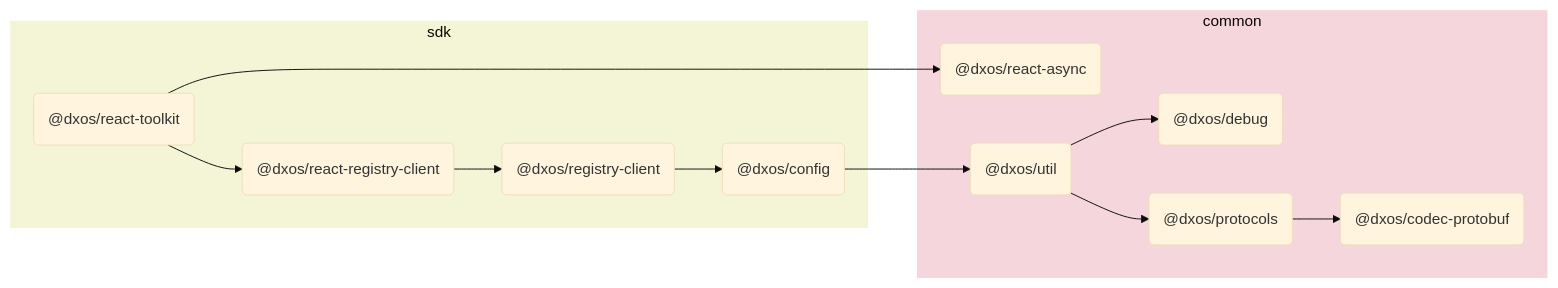
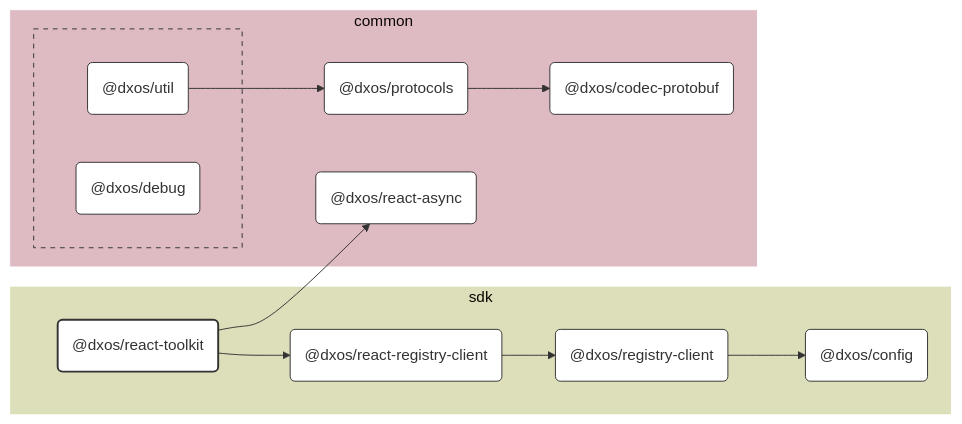
One commit to dxos/dxos changed the diagram in packages/sdk/react-toolkit/docs/README.md. Above: the diagram before and after it, drawn with Mermaid (base theme). The commit also changed other lines of this file and 109 other files, not shown here.

````diff
--- a/packages/sdk/react-toolkit/docs/README.md
+++ b/packages/sdk/react-toolkit/docs/README.md
@@ -5,29 +7,65 @@
 ```mermaid
-flowchart LR;
+%%{ init: {'flowchart':{'curve':'basis'}} }%%
 
+flowchart LR
+
+%% Links
+dxos/protocols --> dxos/codec-protobuf;
+dxos/react-registry-client --> dxos/registry-client;
+dxos/react-toolkit --> dxos/react-async;
+dxos/react-toolkit --> dxos/react-registry-client;
+dxos/registry-client --> dxos/config;
+dxos/util --> dxos/protocols;
+
+%% Sections
 subgraph sdk
-  style sdk fill:#f4f5d6,stroke:#fff;
-  dxos/react-toolkit("@dxos/react-toolkit");
-  dxos/react-registry-client("@dxos/react-registry-client");
-  dxos/config("@dxos/config");
-  dxos/registry-client("@dxos/registry-client");
+  style sdk fill:#dddeba,stroke:#fff;
+
+  dxos/config("@dxos/config")
+  dxos/react-registry-client("@dxos/react-registry-client")
+  dxos/react-toolkit("@dxos/react-toolkit")
+  dxos/registry-client("@dxos/registry-client")
 end
 
 subgraph common
-  style common fill:#f5d6dd,stroke:#fff;
-  dxos/debug("@dxos/debug");
-  dxos/protocols("@dxos/protocols");
-  dxos/codec-protobuf("@dxos/codec-protobuf");
-  dxos/react-async("@dxos/react-async");
-  dxos/util("@dxos/util");
+  style common fill:#debac2,stroke:#fff;
+
+  dxos/codec-protobuf("@dxos/codec-protobuf")
+  dxos/protocols("@dxos/protocols")
+  dxos/react-async("@dxos/react-async")
+
+  subgraph common-excluded [ ]
+    style common-excluded fill:#debac2,stroke:#333,stroke-dasharray:5 5;
+
+    dxos/debug("@dxos/debug")
+    dxos/util("@dxos/util")
+  end
 end
 
-dxos/protocols --> dxos/codec-protobuf;
-dxos/react-toolkit --> dxos/react-async;
-dxos/react-toolkit --> dxos/react-registry-client;
-dxos/config --> dxos/util;
-dxos/util --> dxos/debug;
-dxos/util --> dxos/protocols;
-dxos/react-registry-client --> dxos/registry-client;
-dxos/registry-client --> dxos/config;
+
+%% Hyperlinks
+click dxos/codec-protobuf href "https:/github.com/dxos/dxos/tree/main/packages/common/codec-protobuf/docs";
+click dxos/config href "https:/github.com/dxos/dxos/tree/main/packages/sdk/config/docs";
+click dxos/debug href "https:/github.com/dxos/dxos/tree/main/packages/common/debug/docs";
+click dxos/protocols href "https:/github.com/dxos/dxos/tree/main/packages/common/protocols/docs";
+click dxos/react-async href "https:/github.com/dxos/dxos/tree/main/packages/common/react-async/docs";
+click dxos/react-registry-client href "https:/github.com/dxos/dxos/tree/main/packages/sdk/react-registry-client/docs";
+click dxos/registry-client href "https:/github.com/dxos/dxos/tree/main/packages/sdk/registry-client/docs";
+click dxos/util href "https:/github.com/dxos/dxos/tree/main/packages/common/util/docs";
+
+%% Styles
+classDef rootNode fill:#fff,stroke:#333,stroke-width:2px
+classDef defaultNode fill:#fff,stroke:#333,stroke-width:1px
+linkStyle default stroke:#333,stroke-width:1px
+
+dxos/react-toolkit:::rootNode
+
+dxos/codec-protobuf:::defaultNode
+dxos/config:::defaultNode
+dxos/debug:::defaultNode
+dxos/protocols:::defaultNode
+dxos/react-async:::defaultNode
+dxos/react-registry-client:::defaultNode
+dxos/registry-client:::defaultNode
+dxos/util:::defaultNode
 ```
````
